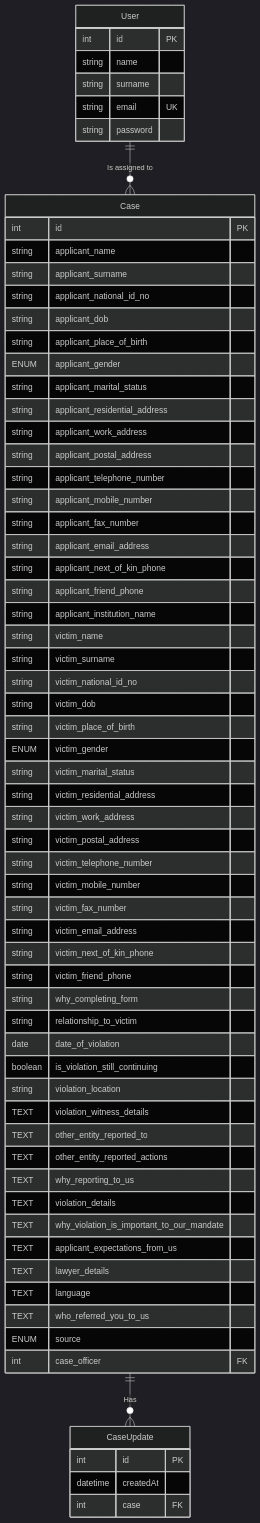
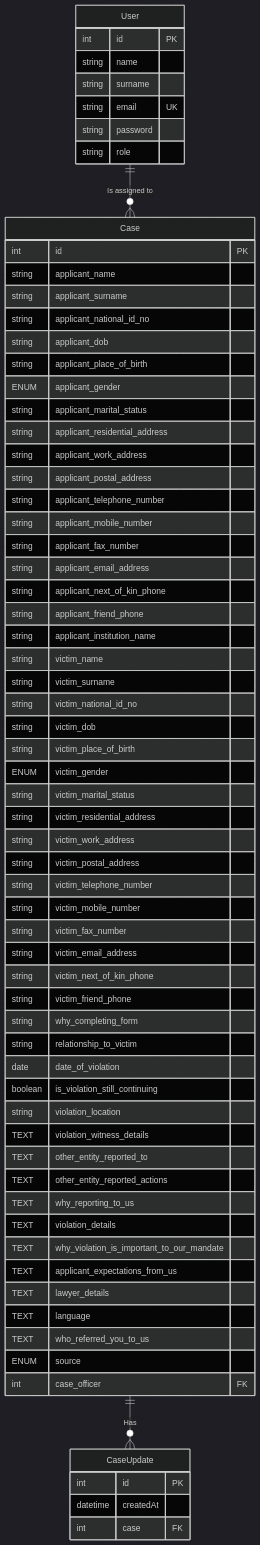
Before and after one commit to hilaar28/zgc-case-management: the diagram in design/ERD.md, drawn with Mermaid (dark theme).

Commit message:
added role attribute to User

````diff
--- a/design/ERD.md
+++ b/design/ERD.md
@@ -1,80 +1,81 @@
 ```mermaid
 erDiagram
    User {
       int id PK
       string name
       string surname
       string email UK
       string password
+      string role
    }
 
    Case {
       int id PK
    
       string applicant_name
       string applicant_surname
       string applicant_national_id_no
       string applicant_dob
       string applicant_place_of_birth
       ENUM   applicant_gender
       string applicant_marital_status
       string applicant_residential_address
       string applicant_work_address
       string applicant_postal_address
       string applicant_telephone_number
       string applicant_mobile_number
       string applicant_fax_number
       string applicant_email_address
       string applicant_next_of_kin_phone
       string applicant_friend_phone
       string applicant_institution_name
 
       string victim_name
       string victim_surname
       string victim_national_id_no
       string victim_dob
       string victim_place_of_birth
       ENUM   victim_gender
       string victim_marital_status
       string victim_residential_address
       string victim_work_address
       string victim_postal_address
       string victim_telephone_number
       string victim_mobile_number
       string victim_fax_number
       string victim_email_address
       string victim_next_of_kin_phone
       string victim_friend_phone
       string why_completing_form
       string relationship_to_victim
       
       date date_of_violation
       boolean is_violation_still_continuing
       string violation_location
       TEXT violation_witness_details
       TEXT other_entity_reported_to
       TEXT other_entity_reported_actions
       TEXT why_reporting_to_us
       TEXT violation_details
       TEXT why_violation_is_important_to_our_mandate
       TEXT applicant_expectations_from_us
       TEXT lawyer_details
       TEXT language
       TEXT who_referred_you_to_us
 
 
       ENUM source
       int case_officer FK
 
    }
 
    CaseUpdate {
       int id PK
       datetime createdAt
       int case FK
    }
 
    Case ||--o{ CaseUpdate: "Has"
    User ||--o{ Case: "Is assigned to"
 
 ```
````
